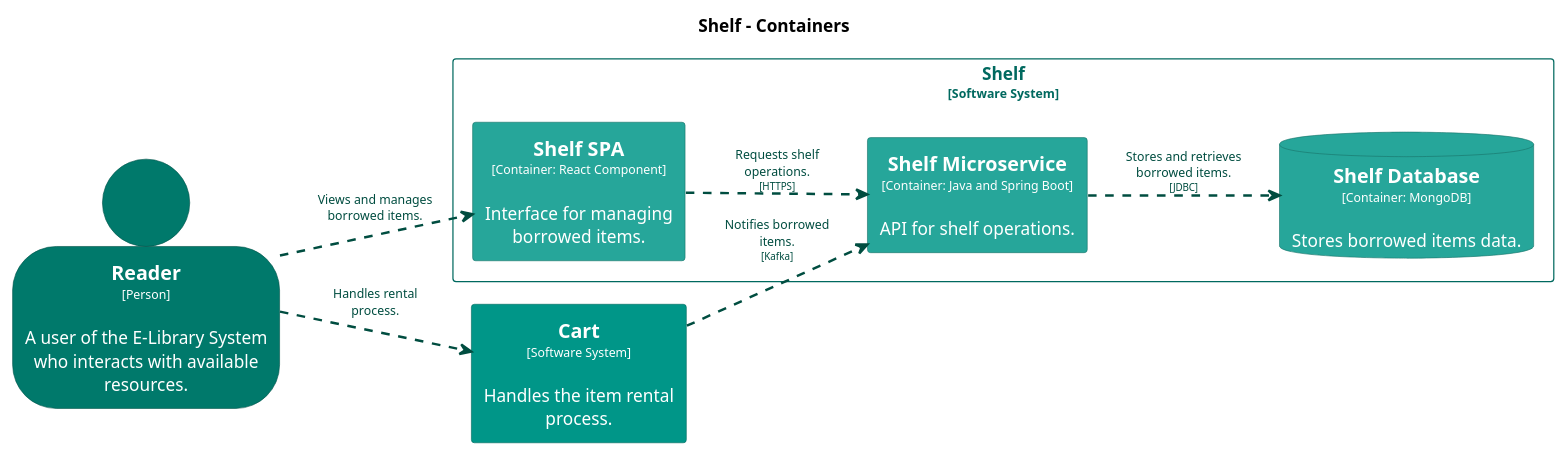
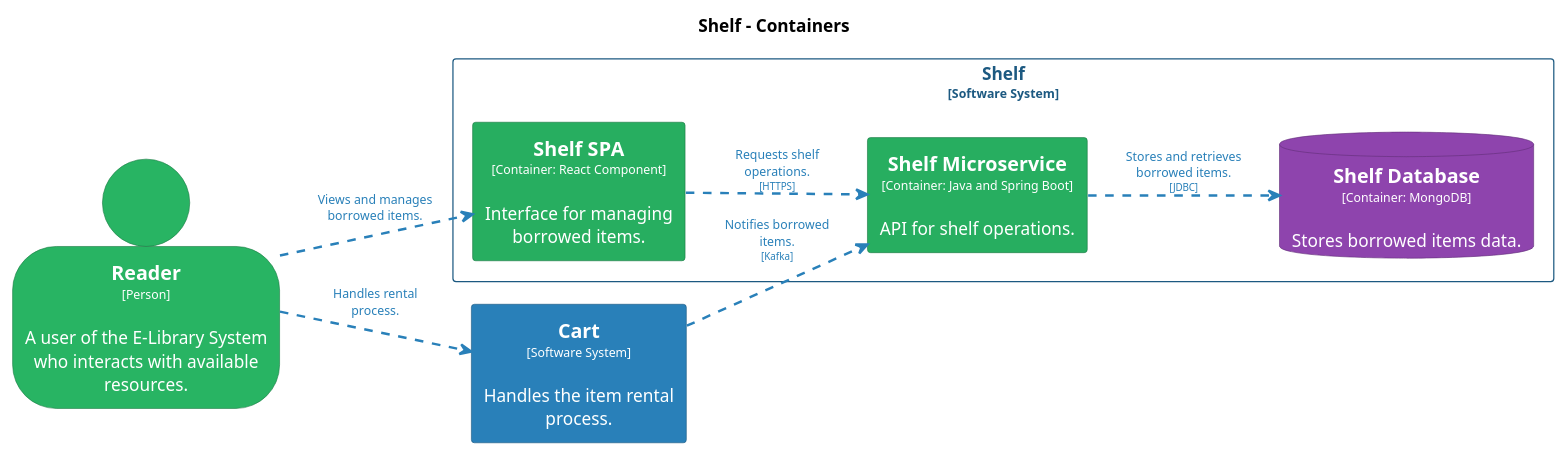
Before and after one commit to Goodmorning918/E-Library-Architecture: the diagram in main/puml/Container-002.puml, drawn with PlantUML. The commit also changed 169 other files, not shown here.

Commit message:
Deploying to gh-pages from @ Goodmorning918/E-Library-Architecture@5575a2e2585bacf25a31136d9ee4edd99183c80b 🚀

```diff
--- a/main/puml/Container-002.puml
+++ b/main/puml/Container-002.puml
@@ -1,66 +1,66 @@
 @startuml
 set separator none
 title Shelf - Containers
 
 left to right direction
 
 skinparam {
   arrowFontSize 10
   defaultTextAlignment center
   wrapWidth 200
   maxMessageSize 100
 }
 
 hide stereotype
 
 skinparam rectangle<<Cart>> {
-  BackgroundColor #009688
+  BackgroundColor #2980b9
   FontColor #ffffff
-  BorderColor #00695f
+  BorderColor #1c5981
   shadowing false
 }
 skinparam person<<Reader>> {
-  BackgroundColor #00796b
+  BackgroundColor #28b463
   FontColor #ffffff
-  BorderColor #00544a
+  BorderColor #1c7d45
   shadowing false
 }
 skinparam database<<Shelf.ShelfDatabase>> {
-  BackgroundColor #26a69a
+  BackgroundColor #8e44ad
   FontColor #ffffff
-  BorderColor #1a746b
+  BorderColor #632f79
   shadowing false
 }
 skinparam rectangle<<Shelf.ShelfMicroservice>> {
-  BackgroundColor #26a69a
+  BackgroundColor #27ae60
   FontColor #ffffff
-  BorderColor #1a746b
+  BorderColor #1b7943
   shadowing false
 }
 skinparam rectangle<<Shelf.ShelfSPA>> {
-  BackgroundColor #26a69a
+  BackgroundColor #27ae60
   FontColor #ffffff
-  BorderColor #1a746b
+  BorderColor #1b7943
   shadowing false
 }
 skinparam rectangle<<Shelf>> {
-  BorderColor #00695f
-  FontColor #00695f
+  BorderColor #1c5981
+  FontColor #1c5981
   shadowing false
 }
 
 person "==Reader\n<size:10>[Person]</size>\n\nA user of the E-Library System who interacts with available resources." <<Reader>> as Reader
 rectangle "==Cart\n<size:10>[Software System]</size>\n\nHandles the item rental process." <<Cart>> as Cart
 
 rectangle "Shelf\n<size:10>[Software System]</size>" <<Shelf>> {
   database "==Shelf Database\n<size:10>[Container: MongoDB]</size>\n\nStores borrowed items data." <<Shelf.ShelfDatabase>> as Shelf.ShelfDatabase
   rectangle "==Shelf SPA\n<size:10>[Container: React Component]</size>\n\nInterface for managing borrowed items." <<Shelf.ShelfSPA>> as Shelf.ShelfSPA
   rectangle "==Shelf Microservice\n<size:10>[Container: Java and Spring Boot]</size>\n\nAPI for shelf operations." <<Shelf.ShelfMicroservice>> as Shelf.ShelfMicroservice
 }
 
-Reader .[#004d40,thickness=2].> Cart : "<color:#004d40>Handles rental process."
-Reader .[#004d40,thickness=2].> Shelf.ShelfSPA : "<color:#004d40>Views and manages borrowed items."
-Shelf.ShelfSPA .[#004d40,thickness=2].> Shelf.ShelfMicroservice : "<color:#004d40>Requests shelf operations.\n<color:#004d40><size:8>[HTTPS]</size>"
-Shelf.ShelfMicroservice .[#004d40,thickness=2].> Shelf.ShelfDatabase : "<color:#004d40>Stores and retrieves borrowed items.\n<color:#004d40><size:8>[JDBC]</size>"
-Cart .[#004d40,thickness=2].> Shelf.ShelfMicroservice : "<color:#004d40>Notifies borrowed items.\n<color:#004d40><size:8>[Kafka]</size>"
+Reader .[#2980b9,thickness=2].> Cart : "<color:#2980b9>Handles rental process."
+Reader .[#2980b9,thickness=2].> Shelf.ShelfSPA : "<color:#2980b9>Views and manages borrowed items."
+Shelf.ShelfSPA .[#2980b9,thickness=2].> Shelf.ShelfMicroservice : "<color:#2980b9>Requests shelf operations.\n<color:#2980b9><size:8>[HTTPS]</size>"
+Shelf.ShelfMicroservice .[#2980b9,thickness=2].> Shelf.ShelfDatabase : "<color:#2980b9>Stores and retrieves borrowed items.\n<color:#2980b9><size:8>[JDBC]</size>"
+Cart .[#2980b9,thickness=2].> Shelf.ShelfMicroservice : "<color:#2980b9>Notifies borrowed items.\n<color:#2980b9><size:8>[Kafka]</size>"
 @enduml
```
